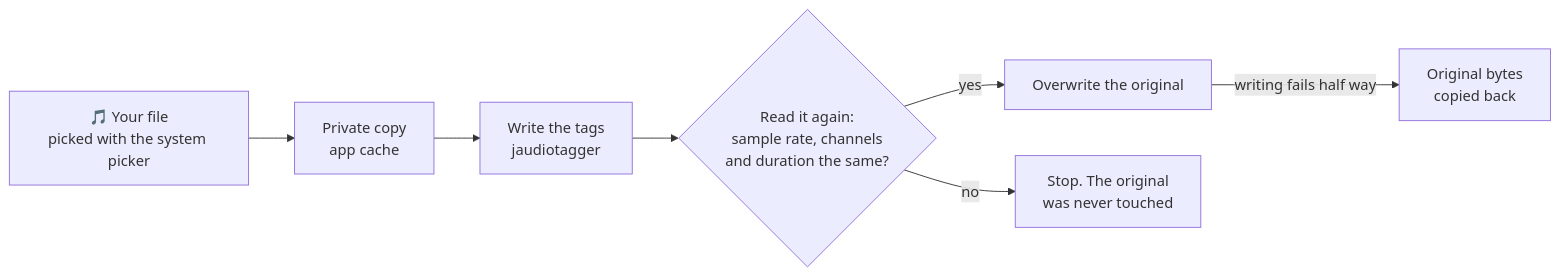
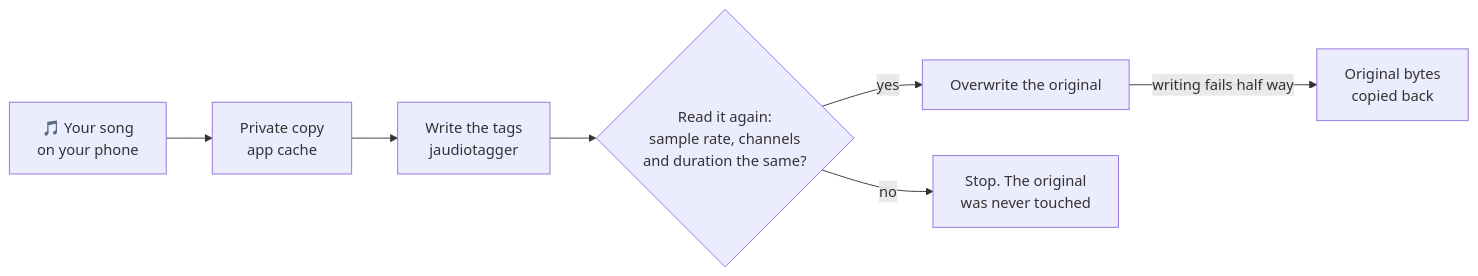
Before and after one commit to aravindrejidev/TagEditor: the first of 3 diagrams in README.md, drawn with Mermaid. The commit also changed other lines of this file and 10 other files, not shown here.

````diff
--- a/README.md
+++ b/README.md
@@ -198,9 +204,9 @@
 ```mermaid
 flowchart LR
-    A["🎵 Your file<br/>picked with the system picker"] --> B["Private copy<br/>app cache"]
+    A["🎵 Your song<br/>on your phone"] --> B["Private copy<br/>app cache"]
     B --> C["Write the tags<br/>jaudiotagger"]
     C --> D{"Read it again:<br/>sample rate, channels<br/>and duration the same?"}
     D -->|"yes"| E["Overwrite the original"]
     D -->|"no"| F["Stop. The original<br/>was never touched"]
     E -->|"writing fails half way"| G["Original bytes<br/>copied back"]
 ```
````
